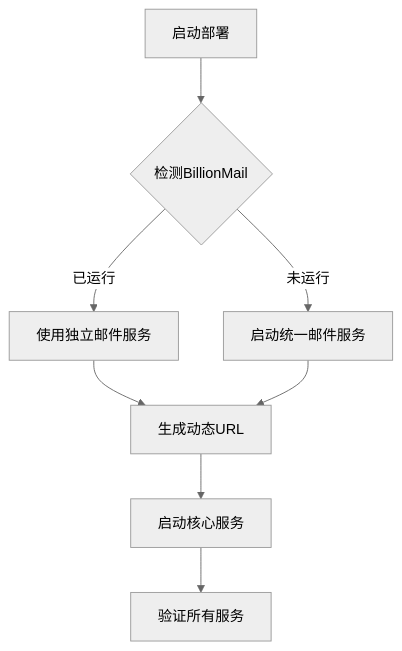
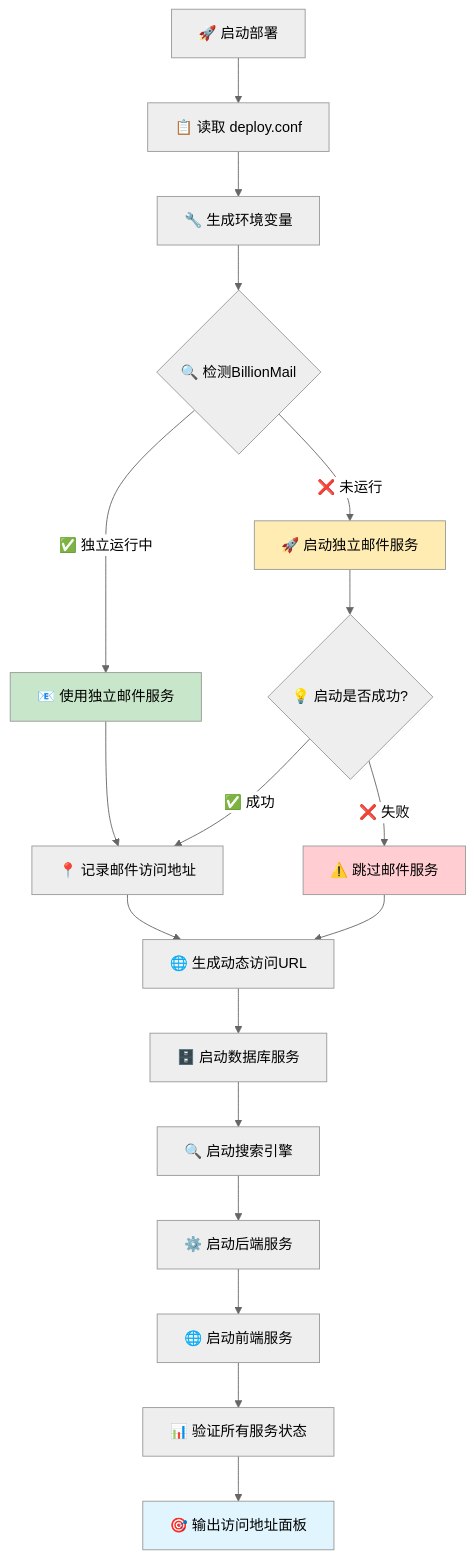
Before and after one commit to lyfe2025/aibianx: the second of 3 diagrams in README.md, drawn with Mermaid (neutral theme). The commit also changed other lines of this file and 3 other files, not shown here.

````diff
--- a/README.md
+++ b/README.md
@@ -641,10 +683,28 @@
 ```mermaid
 flowchart TD
-    A[启动部署] --> B{检测BillionMail}
-    B -->|已运行| C[使用独立邮件服务]
-    B -->|未运行| D[启动统一邮件服务]
-    C --> E[生成动态URL]
-    D --> E
-    E --> F[启动核心服务]
-    F --> G[验证所有服务]
+    A[🚀 启动部署] --> B[📋 读取 deploy.conf]
+    B --> C[🔧 生成环境变量]
+    C --> D{🔍 检测BillionMail}
+    
+    D -->|✅ 独立运行中| E[📧 使用独立邮件服务]
+    D -->|❌ 未运行| F[🚀 启动独立邮件服务]
+    
+    E --> G[📍 记录邮件访问地址]
+    F --> H{💡 启动是否成功?}
+    H -->|✅ 成功| G
+    H -->|❌ 失败| I[⚠️ 跳过邮件服务]
+    
+    G --> J[🌐 生成动态访问URL]
+    I --> J
+    J --> K[🗄️ 启动数据库服务]
+    K --> L[🔍 启动搜索引擎]
+    L --> M[⚙️ 启动后端服务]
+    M --> N[🌐 启动前端服务]
+    N --> O[📊 验证所有服务状态]
+    O --> P[🎯 输出访问地址面板]
+    
+    style E fill:#c8e6c9
+    style F fill:#ffecb3
+    style I fill:#ffcdd2
+    style P fill:#e1f5fe
 ```
````
